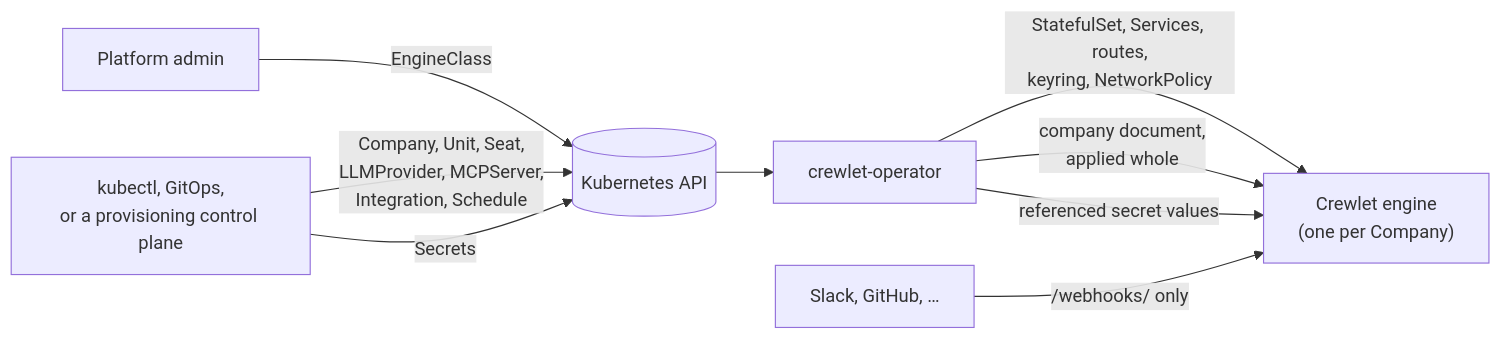
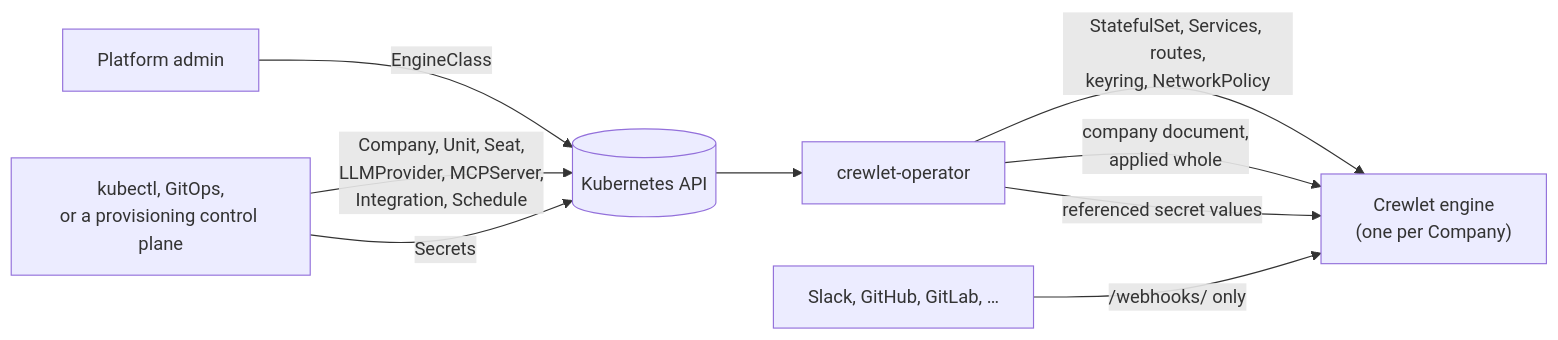
The diagram in README.md (crewlet/crewlet-operator), drawn with Mermaid before and after one commit. The commit also changed 73 other files, not shown here.

````diff
--- a/README.md
+++ b/README.md
@@ -46,11 +46,11 @@
 ```mermaid
 flowchart LR
     platform["Platform admin"] -- EngineClass --> kapi[("Kubernetes API")]
     users["kubectl, GitOps,<br/>or a provisioning control plane"] -- "Company, Unit, Seat,<br/>LLMProvider, MCPServer,<br/>Integration, Schedule" --> kapi
     users -- Secrets --> kapi
     kapi --> operator["crewlet-operator"]
     operator -- "StatefulSet, Services, routes,<br/>keyring, NetworkPolicy" --> engine["Crewlet engine<br/>(one per Company)"]
     operator -- "company document,<br/>applied whole" --> engine
     operator -- "referenced secret values" --> engine
-    vendors["Slack, GitHub, …"] -- "/webhooks/ only" --> engine
+    vendors["Slack, GitHub, GitLab, …"] -- "/webhooks/ only" --> engine
 ```
````
